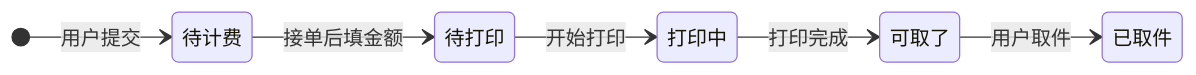
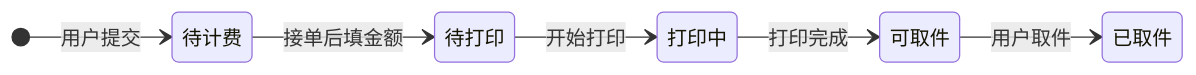
Before and after one commit to qcmb825/print-of-dorm: the second of 2 diagrams in README.md, drawn with Mermaid. The commit also changed other lines of this file and 100 other files, not shown here.

First line of the commit message:
状态值改名：可取了 → 可取件（这是一次数据迁移，不是改字面量）

````diff
--- a/README.md
+++ b/README.md
@@ -320,15 +320,15 @@
 ```mermaid
 stateDiagram-v2
     direction LR
     state "待计费" as U
     state "待打印" as P
     state "打印中" as G
-    state "可取了" as R
+    state "可取件" as R
     state "已取件" as D
 
     [*] --> U: 用户提交
     U --> P: 接单后填金额
     P --> G: 开始打印
     G --> R: 打印完成
     R --> D: 用户取件
 ```
````
